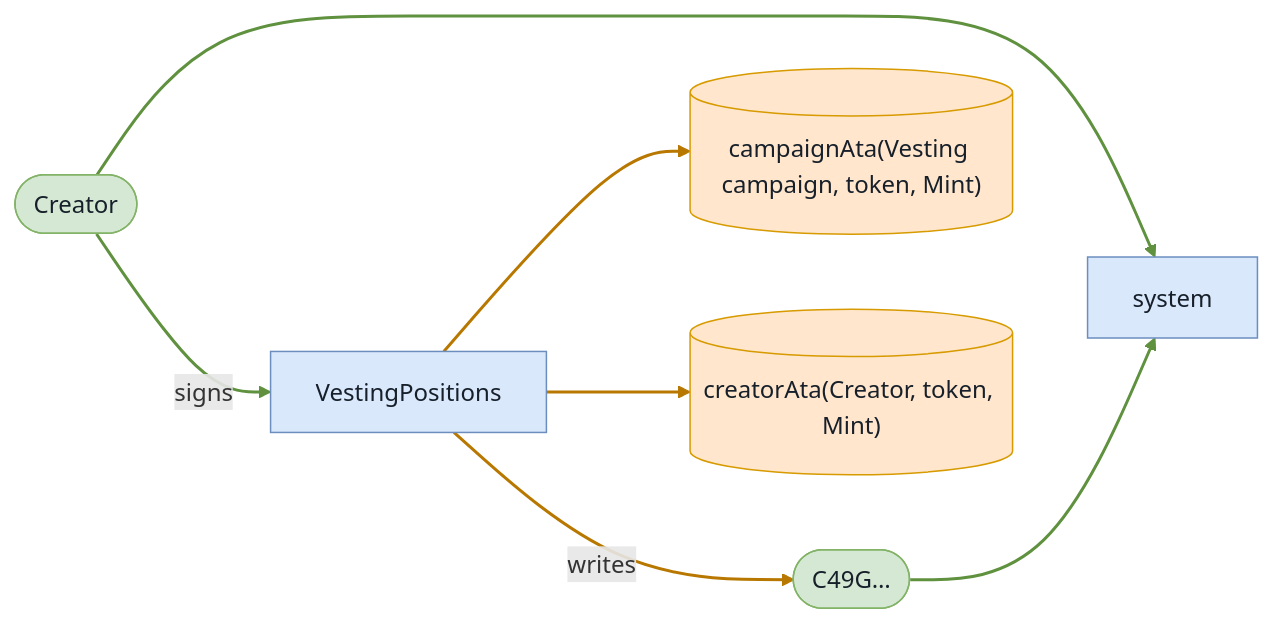
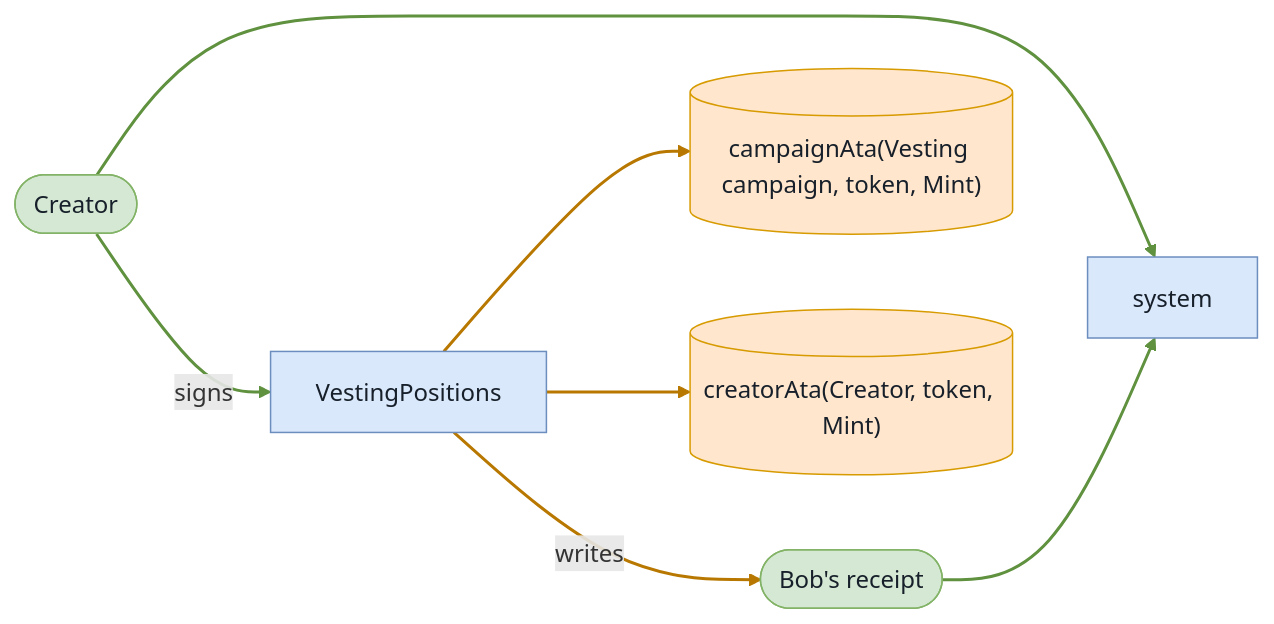
The fifth of 6 diagrams in babelfish-tests/test-report/clawback_unclaimed_before_grace_fails.md (cds-turbin3/vesting-position), drawn with Mermaid before and after one commit. The commit also changed other lines of this file and 104 other files, not shown here.

````diff
--- a/babelfish-tests/test-report/clawback_unclaimed_before_grace_fails.md
+++ b/babelfish-tests/test-report/clawback_unclaimed_before_grace_fails.md
@@ -222,20 +224,20 @@
 ```mermaid
 flowchart LR
     VestingPositions["VestingPositions"]:::program
     Creator(["Creator"]):::signer
-    C49G(["C49G…"]):::signer
+    Bobsreceipt(["Bob's receipt"]):::signer
     campaignAtaVestingcampaigntokenMint[("campaignAta(Vesting campaign, token, Mint)")]:::state
     creatorAtaCreatortokenMint[("creatorAta(Creator, token, Mint)")]:::state
     system["system"]:::program
     Creator -->|signs| VestingPositions
-    VestingPositions -->|writes| C49G
+    VestingPositions -->|writes| Bobsreceipt
     VestingPositions --> campaignAtaVestingcampaigntokenMint
     VestingPositions --> creatorAtaCreatortokenMint
     Creator --> system
-    C49G --> system
+    Bobsreceipt --> system
     classDef program fill:#dae8fc,stroke:#6c8ebf,color:#17202a;
     classDef signer fill:#d5e8d4,stroke:#82b366,color:#17202a;
     classDef state fill:#ffe6cc,stroke:#d79b00,color:#17202a;
     linkStyle 0,4,5 stroke:#5f913f,stroke-width:2px
     linkStyle 1,2,3 stroke:#b87800,stroke-width:2px
 ```
````
